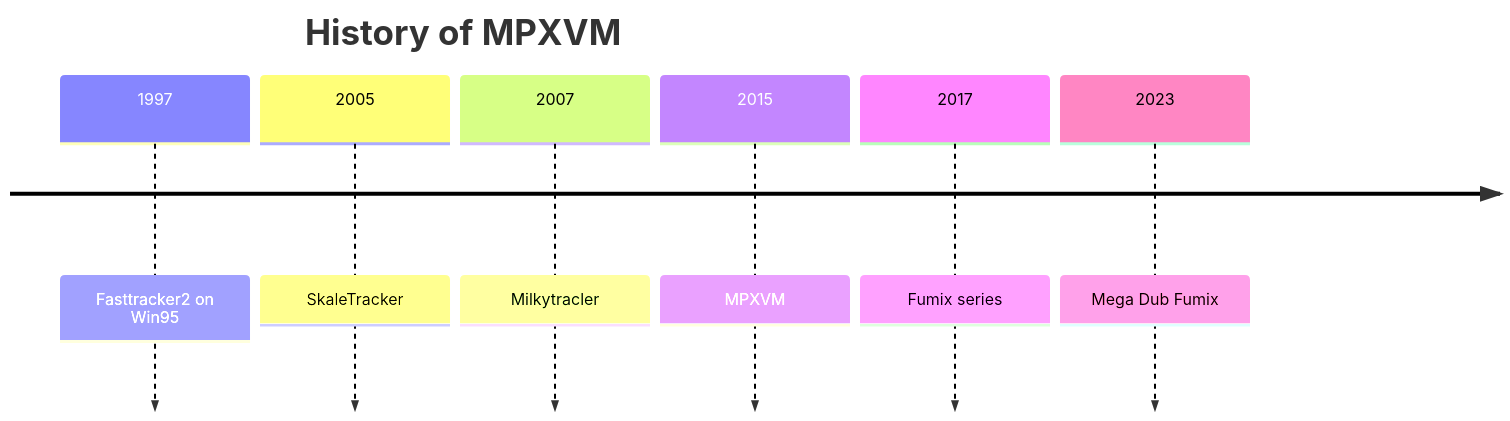
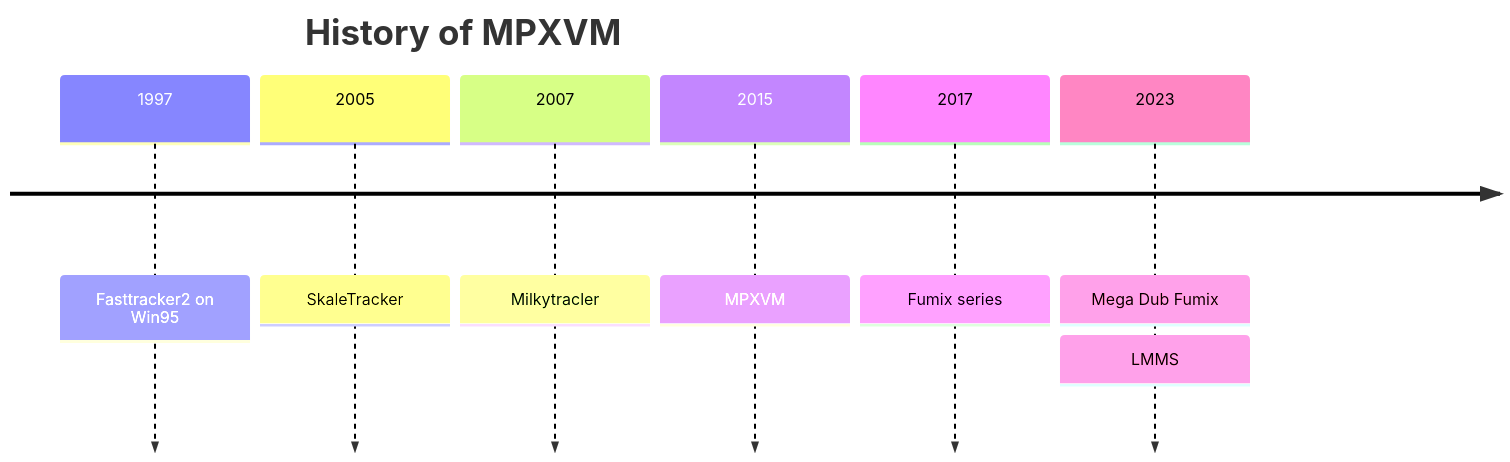
One commit to maranemil/howto changed the second of 2 diagrams in music_video/ffmpeg_effects/mpxvm/mpxvm.md. Above: the diagram before and after it, drawn with Mermaid. The commit also changed other lines of this file, not shown here.

```diff
--- a/music_video/ffmpeg_effects/mpxvm/mpxvm.md
+++ b/music_video/ffmpeg_effects/mpxvm/mpxvm.md
@@ -32,10 +36,11 @@
 ~~~mermaid
 timeline
     title History of MPXVM
     1997 : Fasttracker2 on Win95
     2005 : SkaleTracker
     2007 : Milkytracler
     2015 : MPXVM
     2017 : Fumix series
     2023 : Mega Dub Fumix
+         : LMMS
 ~~~
```
